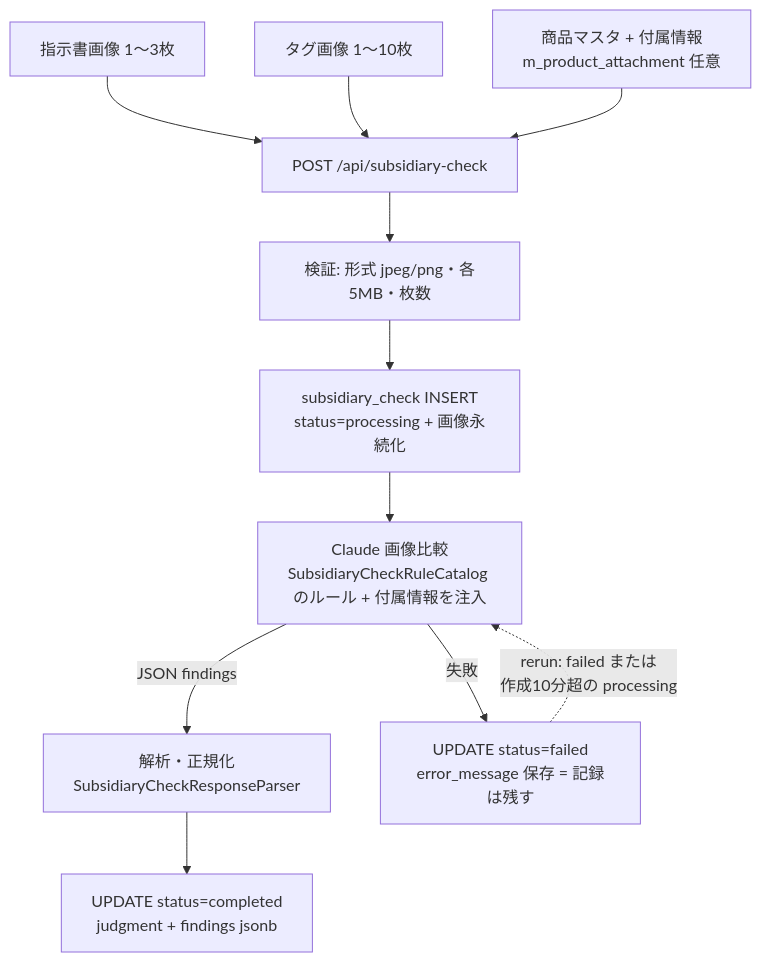
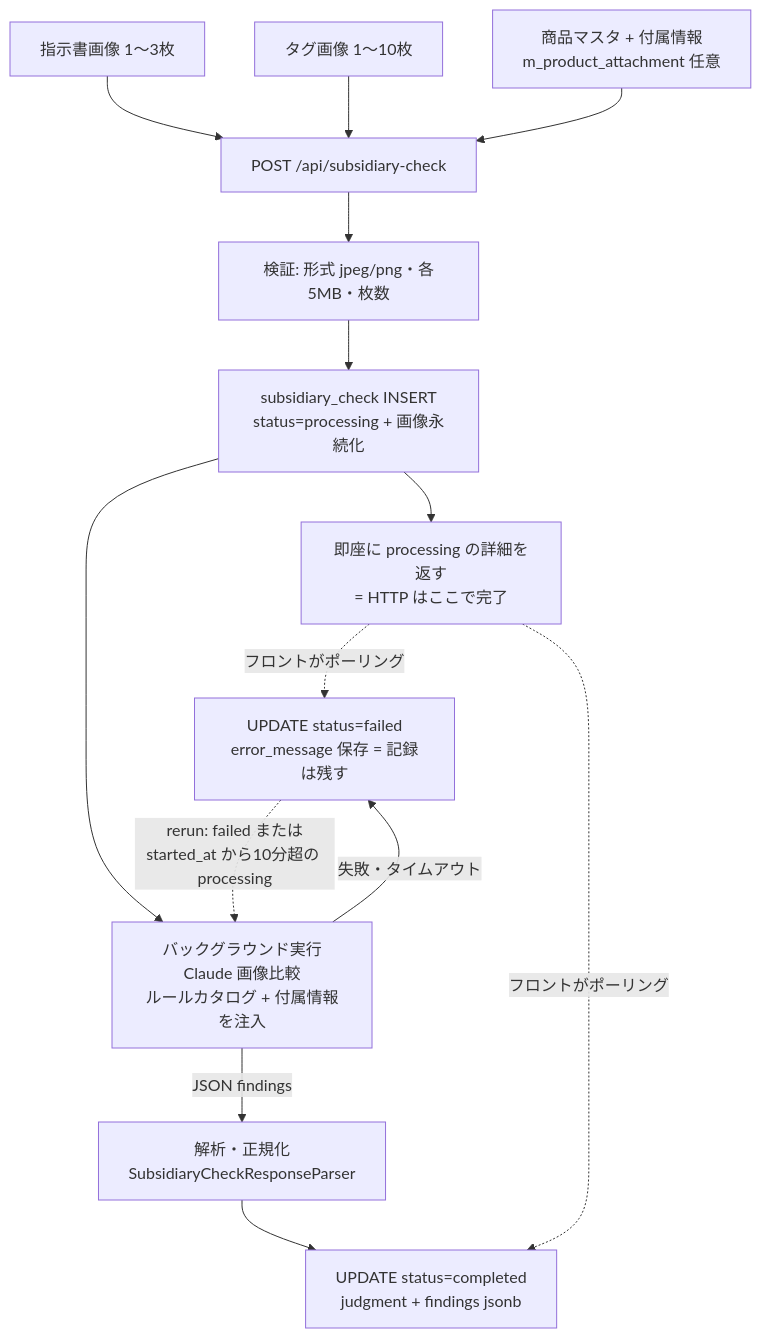
The fourth of 4 diagrams in docs/design.md (TSUNAGUBA/undeux-sales-suite), drawn with Mermaid before and after one commit. The commit also changed other lines of this file and 4 other files, not shown here.

````diff
--- a/docs/design.md
+++ b/docs/design.md
@@ -482,13 +490,16 @@
 ```mermaid
 flowchart TD
     A[指示書画像 1〜3枚] --> C[POST /api/subsidiary-check]
     B[タグ画像 1〜10枚] --> C
     P[商品マスタ + 付属情報<br/>m_product_attachment 任意] --> C
     C --> V[検証: 形式 jpeg/png・各5MB・枚数]
     V --> S[subsidiary_check INSERT<br/>status=processing + 画像永続化]
-    S --> AI[Claude 画像比較<br/>SubsidiaryCheckRuleCatalog のルール + 付属情報を注入]
+    S --> R[即座に processing の詳細を返す<br/>= HTTP はここで完了]
+    S --> AI[バックグラウンド実行<br/>Claude 画像比較<br/>ルールカタログ + 付属情報を注入]
     AI -->|JSON findings| PR[解析・正規化<br/>SubsidiaryCheckResponseParser]
     PR --> U[UPDATE status=completed<br/>judgment + findings jsonb]
-    AI -->|失敗| F[UPDATE status=failed<br/>error_message 保存 = 記録は残す]
-    F -.->|rerun: failed または<br/>作成10分超の processing| AI
+    AI -->|失敗・タイムアウト| F[UPDATE status=failed<br/>error_message 保存 = 記録は残す]
+    R -.->|フロントがポーリング| U
+    R -.->|フロントがポーリング| F
+    F -.->|rerun: failed または<br/>started_at から10分超の processing| AI
 ```
````
